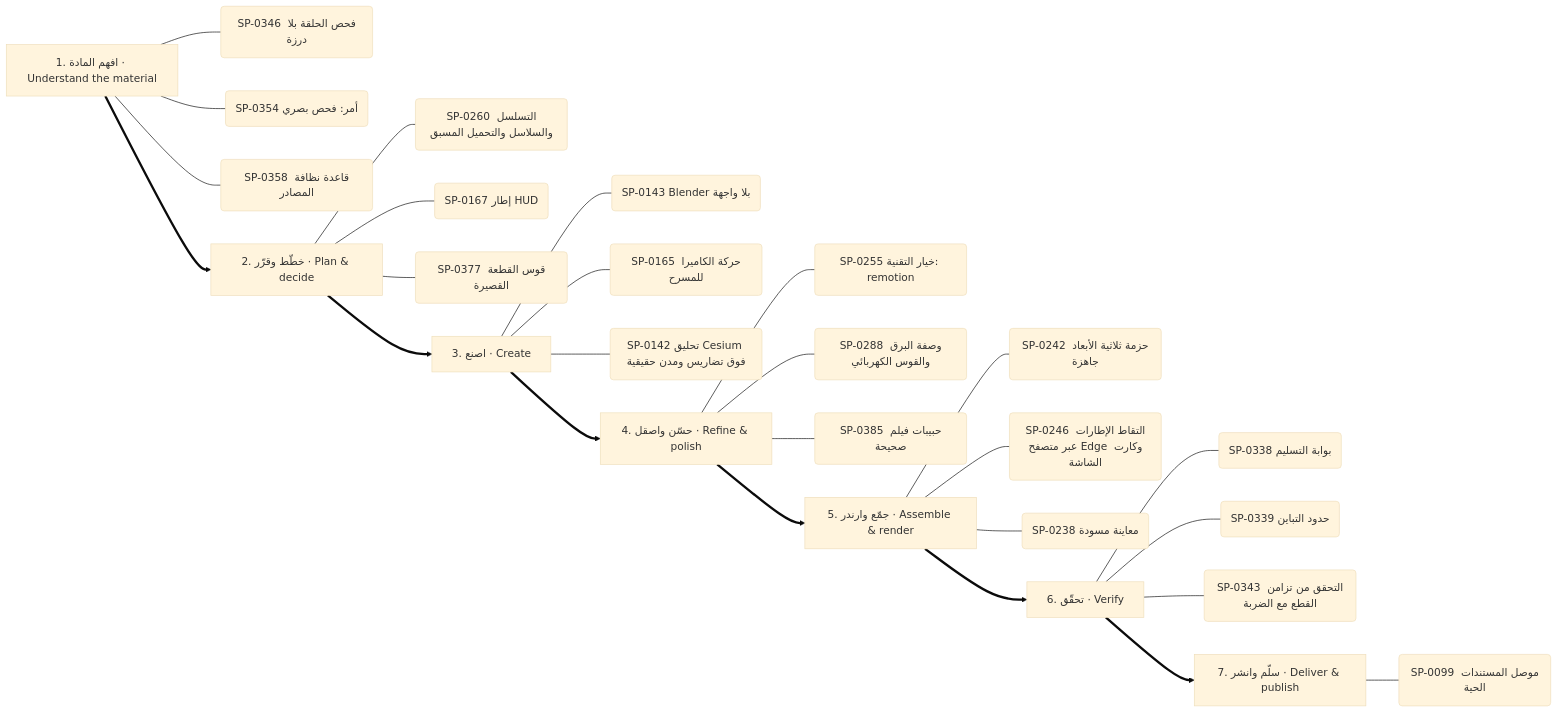
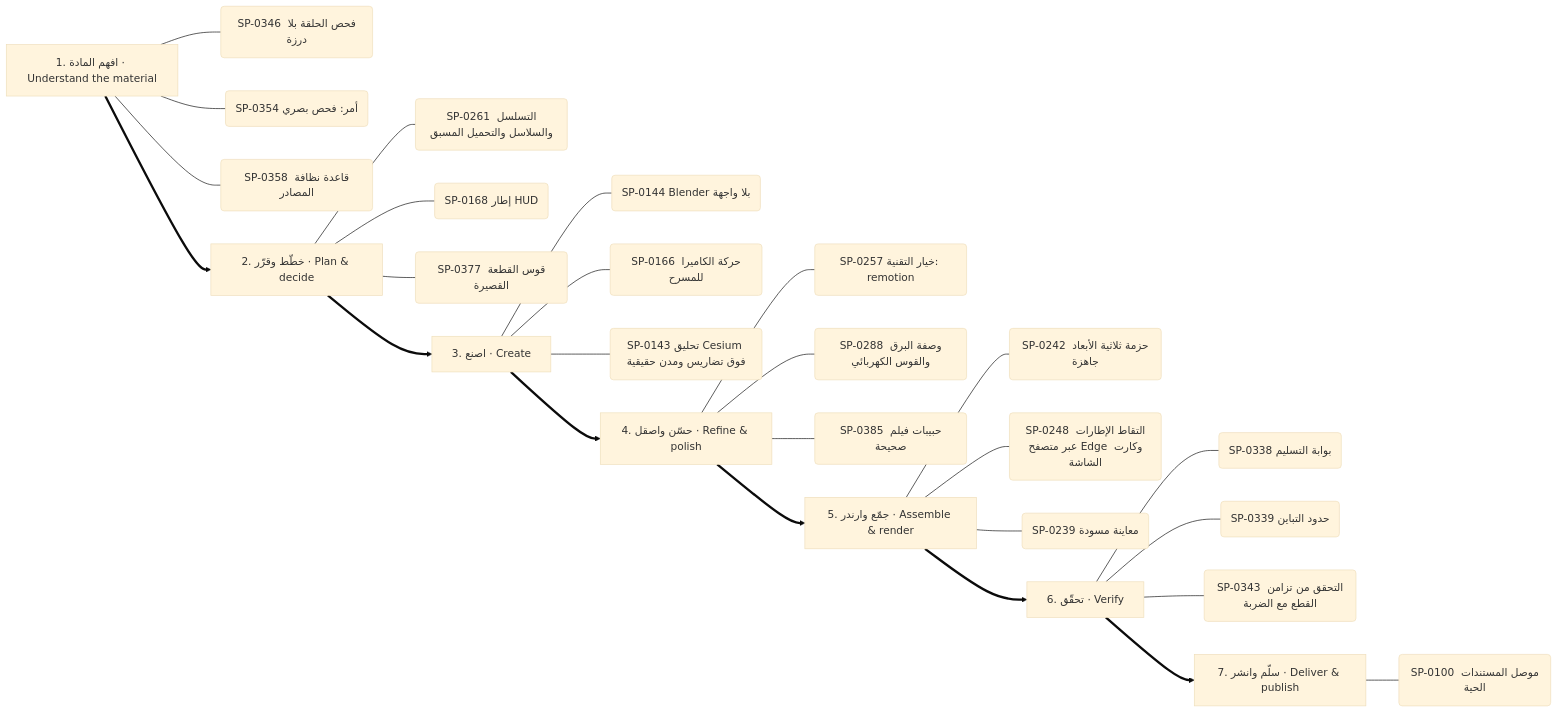
Before and after one commit to kosif199022-jpg/kosif-tool: the eighth of 13 diagrams in .claude/skills/kosif-superpowers/references/capability-mindmap.md, drawn with Mermaid (base theme). The commit also changed other lines of this file and 51 other files, not shown here.

````diff
--- a/.claude/skills/kosif-superpowers/references/capability-mindmap.md
+++ b/.claude/skills/kosif-superpowers/references/capability-mindmap.md
@@ -407,35 +407,35 @@
 ```mermaid
 flowchart LR
   S0["1. افهم المادة · Understand the material"]
   S0 --- S0_0("SP-0346 فحص الحلقة بلا درزة")
   S0 --- S0_1("SP-0354 أمر: فحص بصري")
   S0 --- S0_2("SP-0358 قاعدة نظافة المصادر")
   S1["2. خطّط وقرّر · Plan & decide"]
-  S1 --- S1_0("SP-0260 التسلسل والسلاسل والتحميل المسبق")
-  S1 --- S1_1("SP-0167 إطار HUD")
+  S1 --- S1_0("SP-0261 التسلسل والسلاسل والتحميل المسبق")
+  S1 --- S1_1("SP-0168 إطار HUD")
   S1 --- S1_2("SP-0377 قوس القطعة القصيرة")
   S0 ==> S1
   S2["3. اصنع · Create"]
-  S2 --- S2_0("SP-0143 Blender بلا واجهة")
-  S2 --- S2_1("SP-0165 حركة الكاميرا للمسرح")
-  S2 --- S2_2("SP-0142 تحليق Cesium فوق تضاريس ومدن حقيقية")
+  S2 --- S2_0("SP-0144 Blender بلا واجهة")
+  S2 --- S2_1("SP-0166 حركة الكاميرا للمسرح")
+  S2 --- S2_2("SP-0143 تحليق Cesium فوق تضاريس ومدن حقيقية")
   S1 ==> S2
   S3["4. حسّن واصقل · Refine & polish"]
-  S3 --- S3_0("SP-0255 خيار التقنية: remotion")
+  S3 --- S3_0("SP-0257 خيار التقنية: remotion")
   S3 --- S3_1("SP-0288 وصفة البرق والقوس الكهربائي")
   S3 --- S3_2("SP-0385 حبيبات فيلم صحيحة")
   S2 ==> S3
   S4["5. جمّع وارندر · Assemble & render"]
   S4 --- S4_0("SP-0242 حزمة ثلاثية الأبعاد جاهزة")
-  S4 --- S4_1("SP-0246 التقاط الإطارات عبر متصفح Edge وكارت الشاشة")
-  S4 --- S4_2("SP-0238 معاينة مسودة")
+  S4 --- S4_1("SP-0248 التقاط الإطارات عبر متصفح Edge وكارت الشاشة")
+  S4 --- S4_2("SP-0239 معاينة مسودة")
   S3 ==> S4
   S5["6. تحقّق · Verify"]
   S5 --- S5_0("SP-0338 بوابة التسليم")
   S5 --- S5_1("SP-0339 حدود التباين")
   S5 --- S5_2("SP-0343 التحقق من تزامن القطع مع الضربة")
   S4 ==> S5
   S6["7. سلّم وانشر · Deliver & publish"]
-  S6 --- S6_0("SP-0099 موصل المستندات الحية")
+  S6 --- S6_0("SP-0100 موصل المستندات الحية")
   S5 ==> S6
 ```
````
